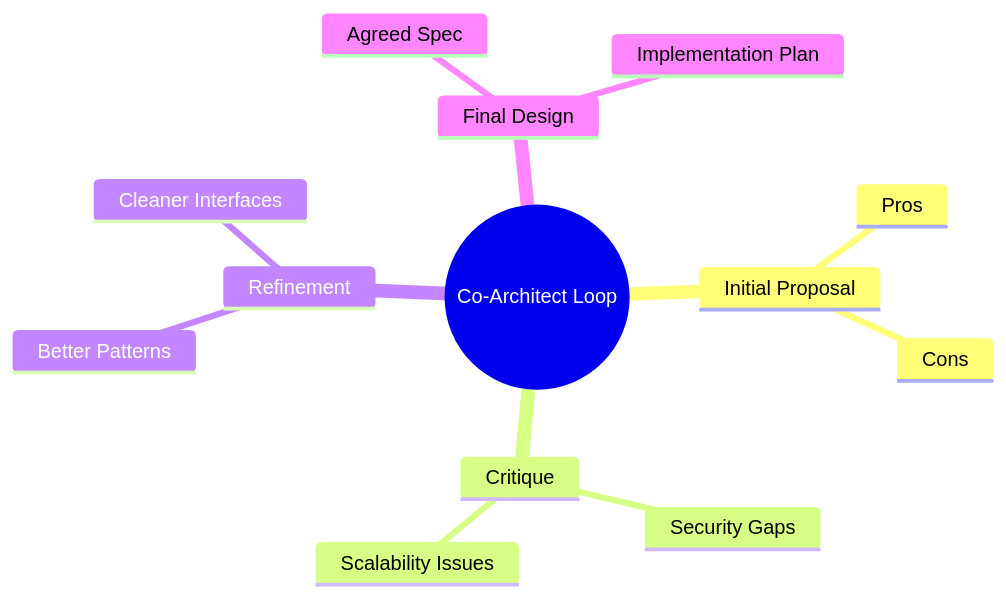
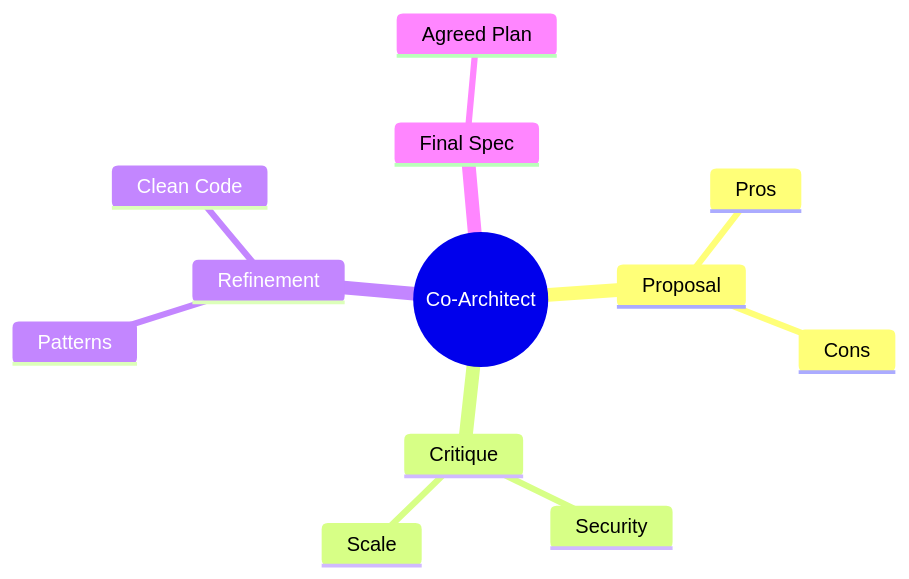
One commit to EideticPleroma/tutorials changed the diagram in lesson-1-fundamentals/tutorial-1/architecture/llm-driven-design.md. Above: the diagram before and after it, drawn with Mermaid. The commit also changed 10 other files, not shown here.

First line of the commit message:
docs(lesson-1): comprehensive update to diagrams and content (round 2)

````diff
--- a/lesson-1-fundamentals/tutorial-1/architecture/llm-driven-design.md
+++ b/lesson-1-fundamentals/tutorial-1/architecture/llm-driven-design.md
@@ -26,16 +26,15 @@
 ```mermaid
 mindmap
-  root((Co-Architect Loop))
-    Initial Proposal
+  root((Co-Architect))
+    Proposal
       Pros
       Cons
     Critique
-      Security Gaps
-      Scalability Issues
+      Security
+      Scale
     Refinement
-      Better Patterns
-      Cleaner Interfaces
-    Final Design
-      Agreed Spec
-      Implementation Plan
+      Patterns
+      Clean Code
+    Final Spec
+      Agreed Plan
 ```
````
